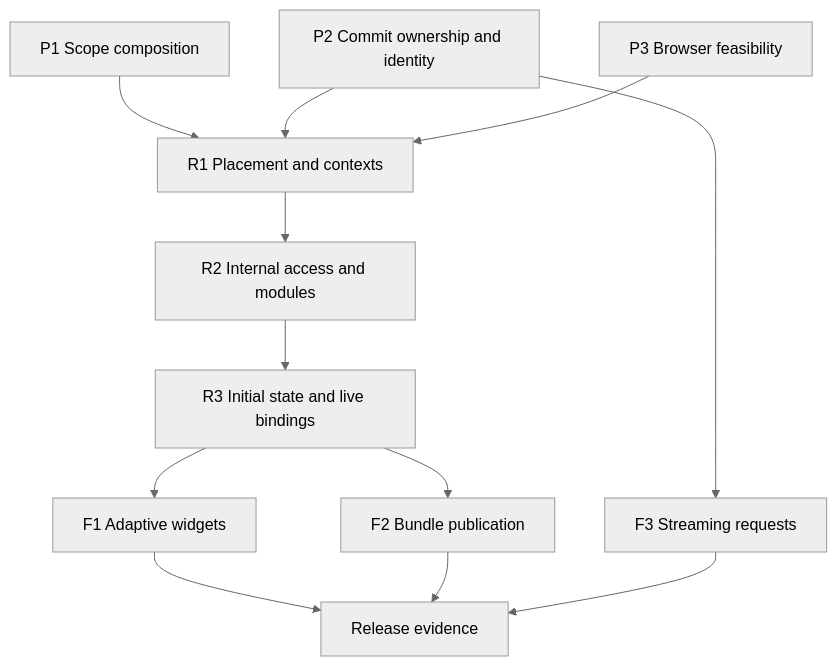
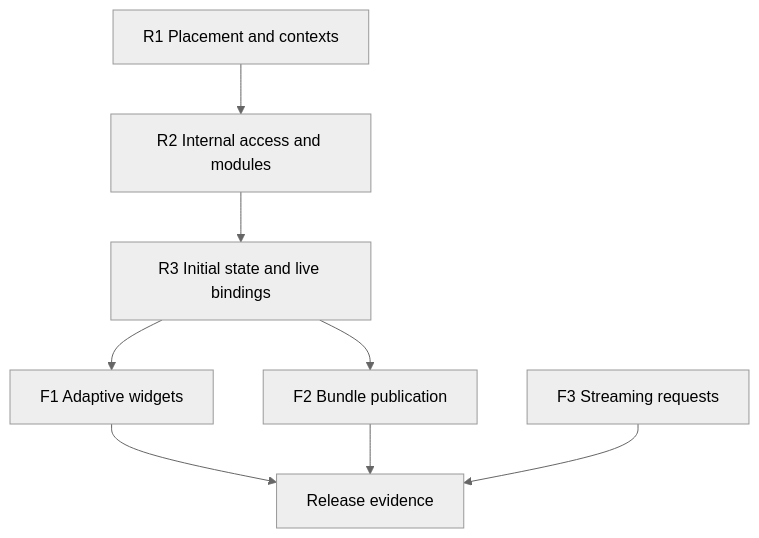
One commit to thiagogcm/tessera changed the diagram in docs/roadmap.md. Above: the diagram before and after it, drawn with Mermaid (neutral theme). The commit also changed other lines of this file and 3 other files, not shown here.

First line of the commit message:
docs: remove resolved and dropped stages from the roadmap

````diff
--- a/docs/roadmap.md
+++ b/docs/roadmap.md
@@ -11,16 +9,12 @@
 ```mermaid
 flowchart TD
-    accTitle: Prerequisites, refactoring, and feature delivery
-    accDescr: Correctness repairs and browser feasibility precede placement and module changes. Widgets and publication follow the shared control model.
-    P1["P1 Scope composition"] --> R1["R1 Placement and contexts"]
-    P2["P2 Commit ownership and identity"] --> R1
-    P3["P3 Browser feasibility"] --> R1
-    R1 --> R2["R2 Internal access and modules"]
+    accTitle: Refactoring and feature delivery
+    accDescr: Placement and contexts open the refactor; internal access and control ownership follow. Widgets and publication build on the control model, and streaming is delivered separately.
+    R1["R1 Placement and contexts"] --> R2["R2 Internal access and modules"]
     R2 --> R3["R3 Initial state and live bindings"]
     R3 --> F1["F1 Adaptive widgets"]
     R3 --> F2["F2 Bundle publication"]
-    P2 --> F3["F3 Streaming requests"]
     F1 --> Release["Release evidence"]
     F2 --> Release
-    F3 --> Release
+    F3["F3 Streaming requests"] --> Release
 ```
````
